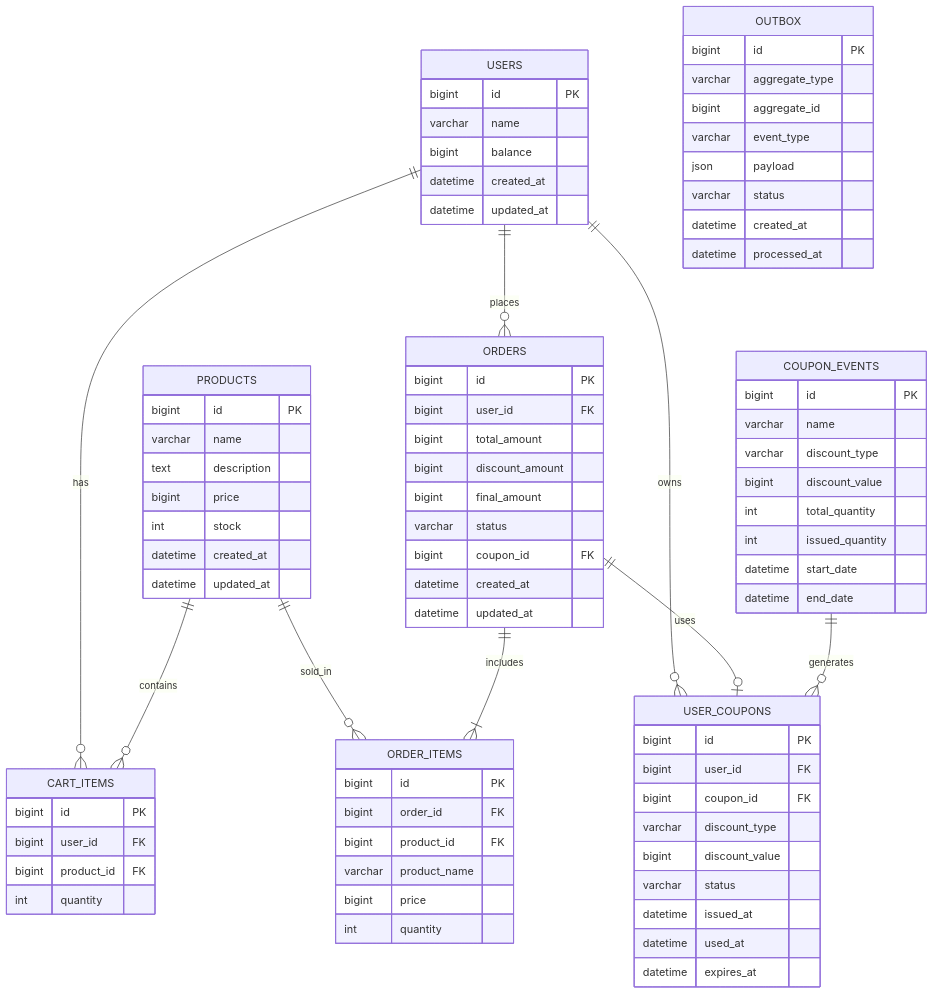
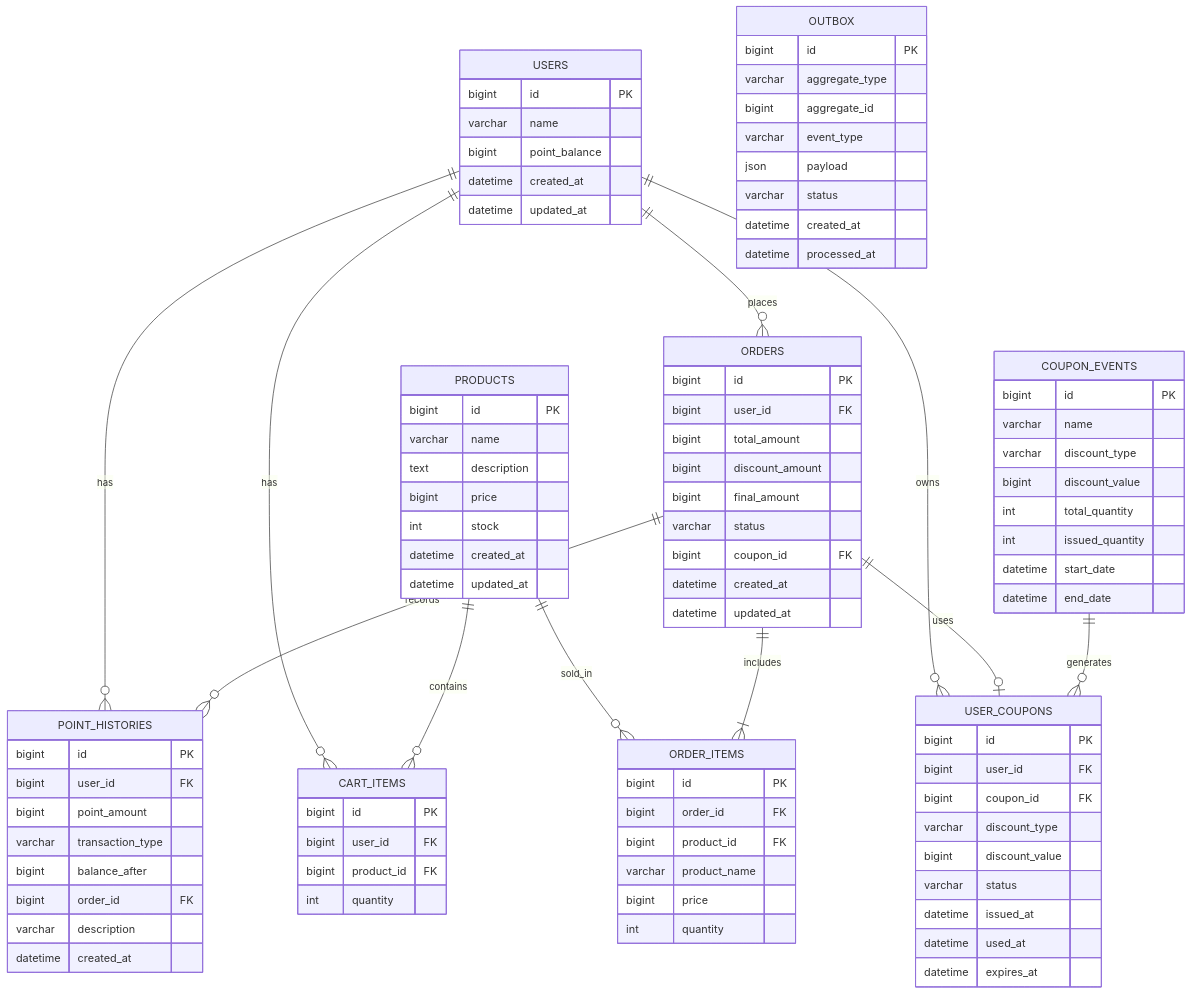
Before and after one commit to jaedeokhan/start-study: the diagram in ecommerce/docs/api/data-model.md, drawn with Mermaid. The commit also changed other lines of this file and 5 other files, not shown here.

````diff
--- a/ecommerce/docs/api/data-model.md
+++ b/ecommerce/docs/api/data-model.md
@@ -29,5 +30,6 @@
 ```mermaid
 erDiagram
+    USERS ||--o{ POINT_HISTORIES : has
     USERS ||--o{ CART_ITEMS : has
     USERS ||--o{ ORDERS : places
     USERS ||--o{ USER_COUPONS : owns
@@ -37,15 +39,27 @@
 
     ORDERS ||--|{ ORDER_ITEMS : includes
     ORDERS ||--o| USER_COUPONS : uses
+    ORDERS ||--o{ POINT_HISTORIES : records
 
     COUPON_EVENTS ||--o{ USER_COUPONS : generates
 
     USERS {
         bigint id PK
         varchar name
-        bigint balance
+        bigint point_balance
         datetime created_at
         datetime updated_at
+    }
+
+    POINT_HISTORIES {
+        bigint id PK
+        bigint user_id FK
+        bigint point_amount
+        varchar transaction_type
+        bigint balance_after
+        bigint order_id FK
+        varchar description
+        datetime created_at
     }
 
     PRODUCTS {
````
